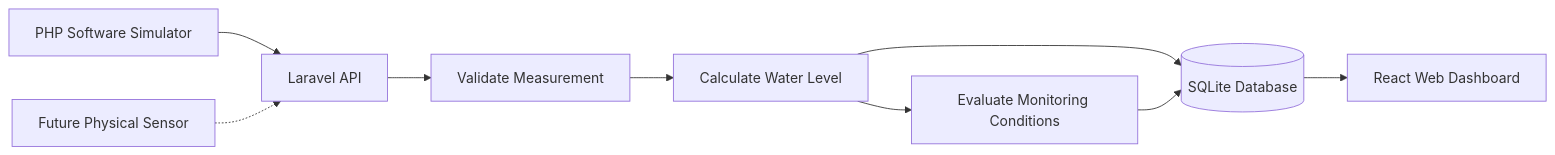
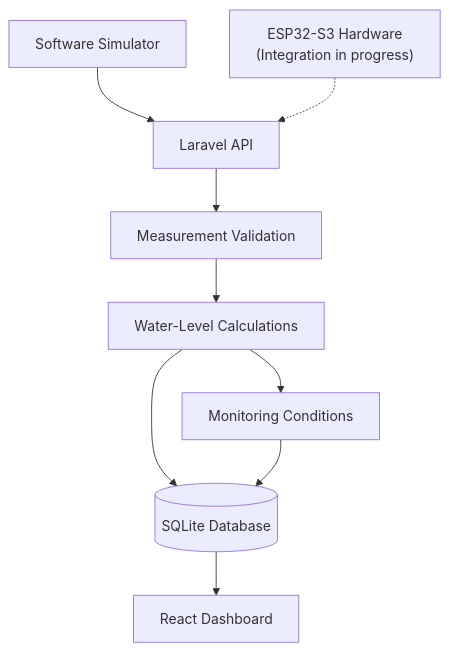
One commit to RMXHM/aquasense-iot changed the diagram in README.md. Above: the diagram before and after it, drawn with Mermaid. The commit also changed other lines of this file, not shown here.

````diff
--- a/README.md
+++ b/README.md
@@ -47,11 +27,11 @@
 ```mermaid
-flowchart LR
-    SIM["PHP Software Simulator"] --> API["Laravel API"]
-    HW["Future Physical Sensor"] -.-> API
-    API --> VALIDATE["Validate Measurement"]
-    VALIDATE --> CALC["Calculate Water Level"]
-    CALC --> ALERT["Evaluate Monitoring Conditions"]
-    CALC --> DB[("SQLite Database")]
-    ALERT --> DB
-    DB --> UI["React Web Dashboard"]
+flowchart TD
+    A["Software Simulator"] --> B["Laravel API"]
+    C["ESP32-S3 Hardware<br/>(Integration in progress)"] -.-> B
+    B --> D["Measurement Validation"]
+    D --> E["Water-Level Calculations"]
+    E --> F[("SQLite Database")]
+    E --> G["Monitoring Conditions"]
+    G --> F
+    F --> H["React Dashboard"]
 ```
````
